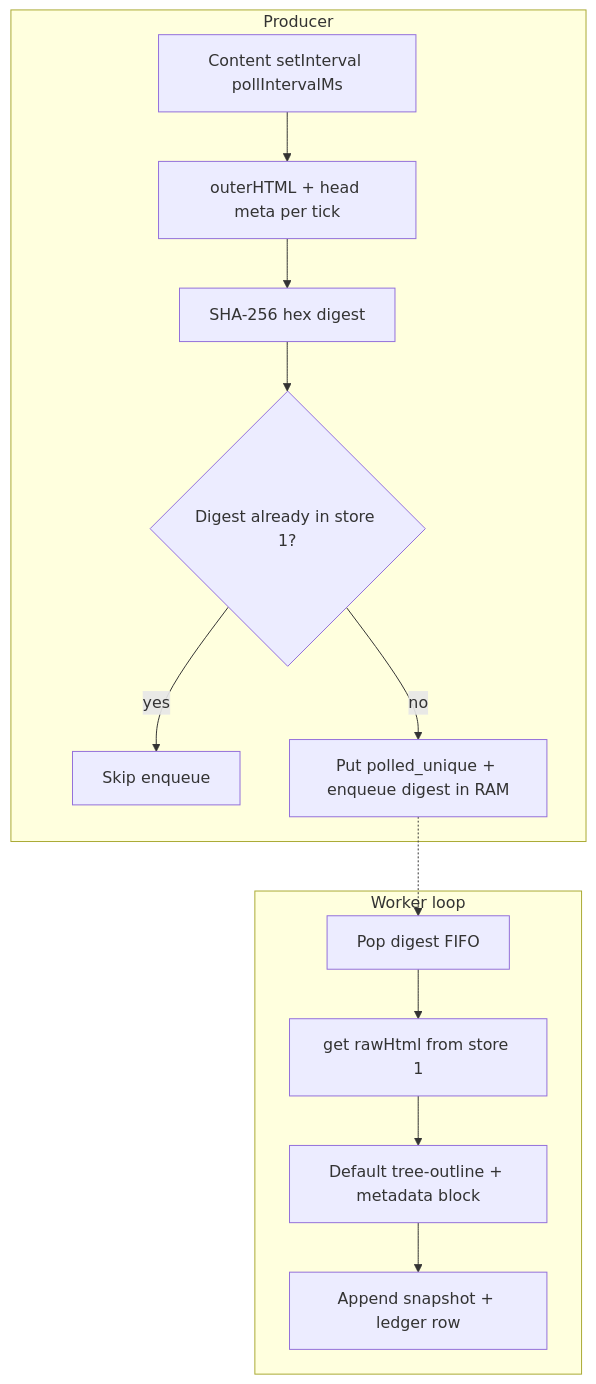
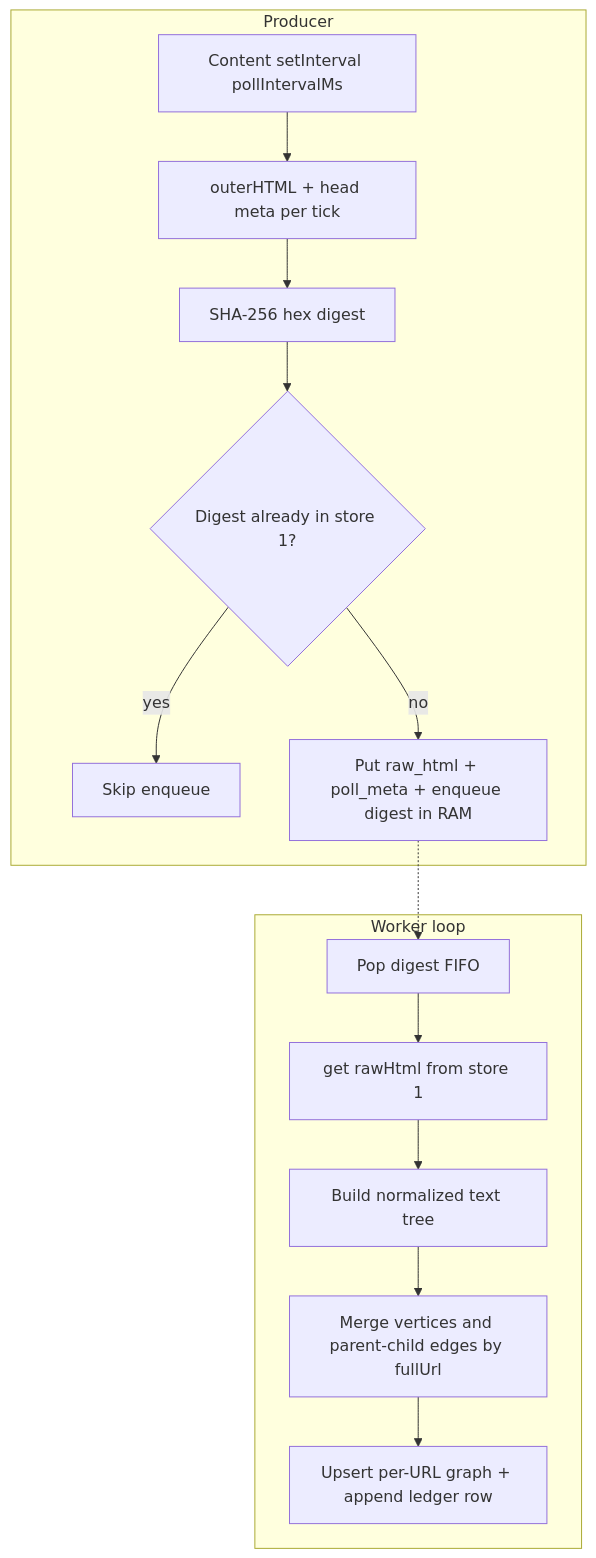
Before and after one commit to gardusig/chrome-extensions: the diagram in docs/recorder-execution-flow.md, drawn with Mermaid. The commit also changed other lines of this file and 30 other files, not shown here.

First line of the commit message:
feat(recorder): merge captures into per-URL text graphs

````diff
--- a/docs/recorder-execution-flow.md
+++ b/docs/recorder-execution-flow.md
@@ -7,16 +7,17 @@
 ```mermaid
 flowchart TD
   subgraph producer [Producer]
     tick[Content setInterval pollIntervalMs] --> capture[outerHTML + head meta per tick]
     capture --> digest[SHA-256 hex digest]
     digest --> dedupe{Digest already in store 1?}
     dedupe -->|yes| skip[Skip enqueue]
-    dedupe -->|no| put1[Put polled_unique + enqueue digest in RAM]
+    dedupe -->|no| put1[Put raw_html + poll_meta + enqueue digest in RAM]
   end
   subgraph worker [Worker loop]
     pop[Pop digest FIFO] --> load[get rawHtml from store 1]
-    load --> outline[Default tree-outline + metadata block]
-    outline --> put23[Append snapshot + ledger row]
+    load --> tree[Build normalized text tree]
+    tree --> merge[Merge vertices and parent-child edges by fullUrl]
+    merge --> put23[Upsert per-URL graph + append ledger row]
   end
   put1 -.-> pop
 ```
````
